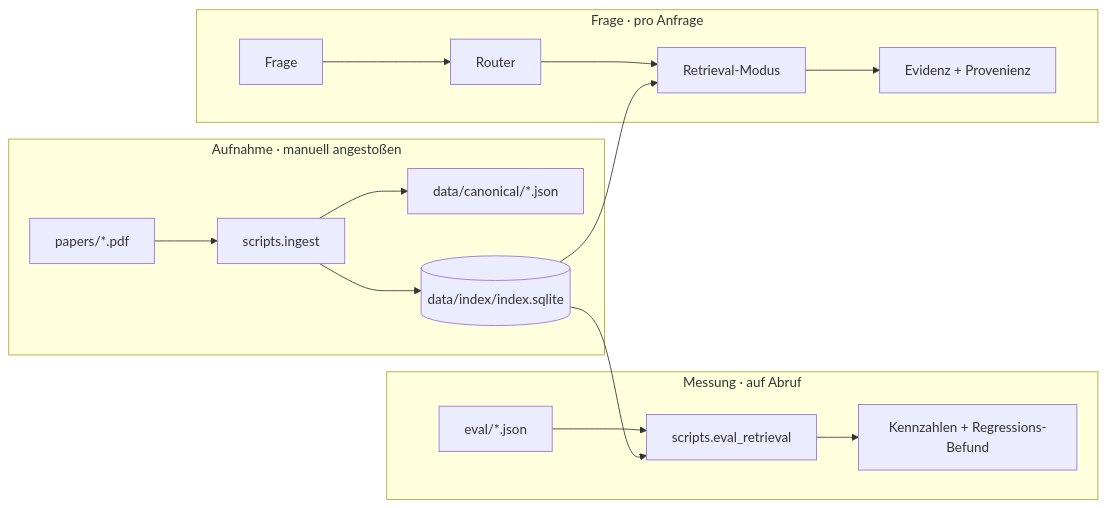
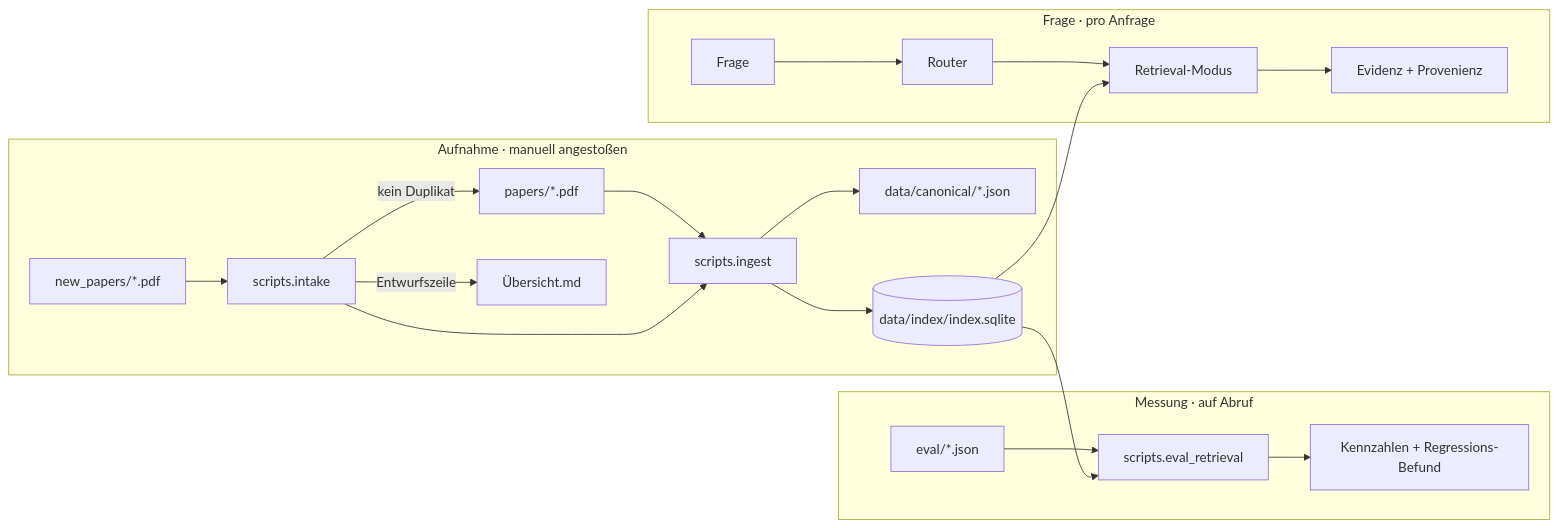
The first of 12 diagrams in docs/funktionsweise.md (MomoEngineer/research-graphrag), drawn with Mermaid before and after one commit. The commit also changed other lines of this file and 28 other files, not shown here.

First line of the commit message:
Implement Korpus-Zufluss für neue Papers: Duplikatprüfung und Intake-Prozess (Phase 8)

````diff
--- a/docs/funktionsweise.md
+++ b/docs/funktionsweise.md
@@ -24,19 +24,23 @@
 ```mermaid
 flowchart LR
     subgraph K1["Aufnahme · manuell angestoßen"]
-        P["papers/*.pdf"] --> ING["scripts.ingest"]
+        NP["new_papers/*.pdf"] --> INT["scripts.intake"]
+        INT -->|"kein Duplikat"| P["papers/*.pdf"]
+        INT -->|"Entwurfszeile"| UEB["Übersicht.md"]
+        P --> ING["scripts.ingest"]
+        INT --> ING
         ING --> CAN["data/canonical/*.json"]
         ING --> IDX[("data/index/index.sqlite")]
     end
     subgraph K2["Frage · pro Anfrage"]
         Q["Frage"] --> R["Router"]
         R --> M["Retrieval-Modus"]
         M --> EV["Evidenz + Provenienz"]
     end
     subgraph K3["Messung · auf Abruf"]
         G["eval/*.json"] --> EVAL["scripts.eval_retrieval"]
         EVAL --> REP["Kennzahlen + Regressions-Befund"]
     end
     IDX --> M
     IDX --> EVAL
 ```
````
